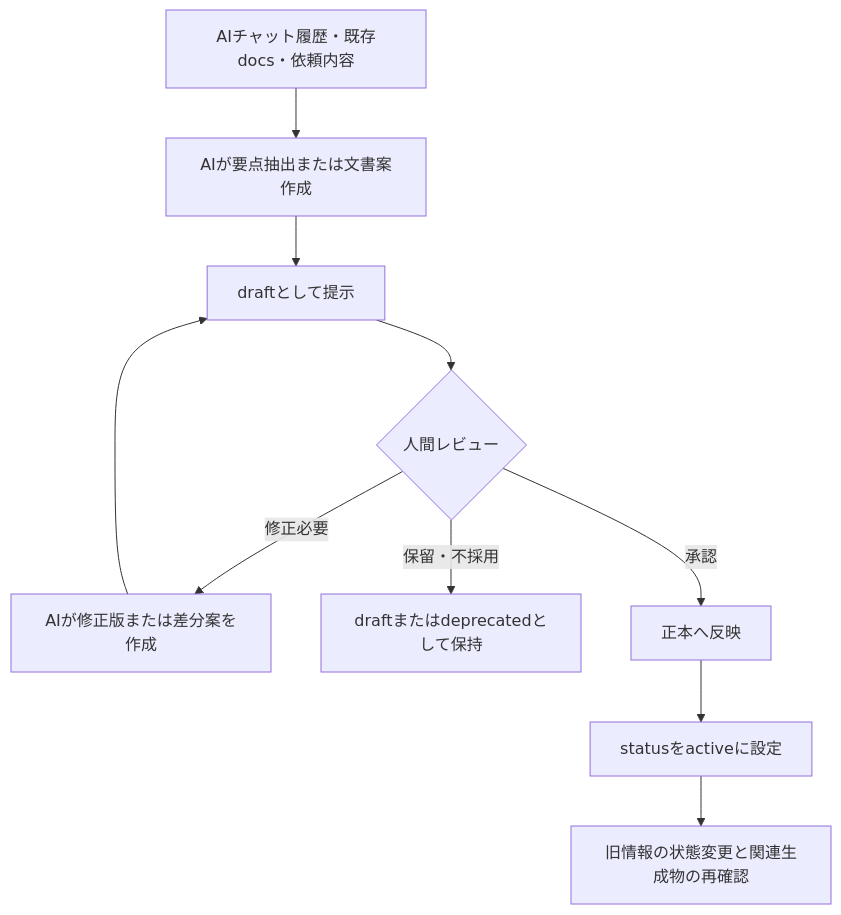
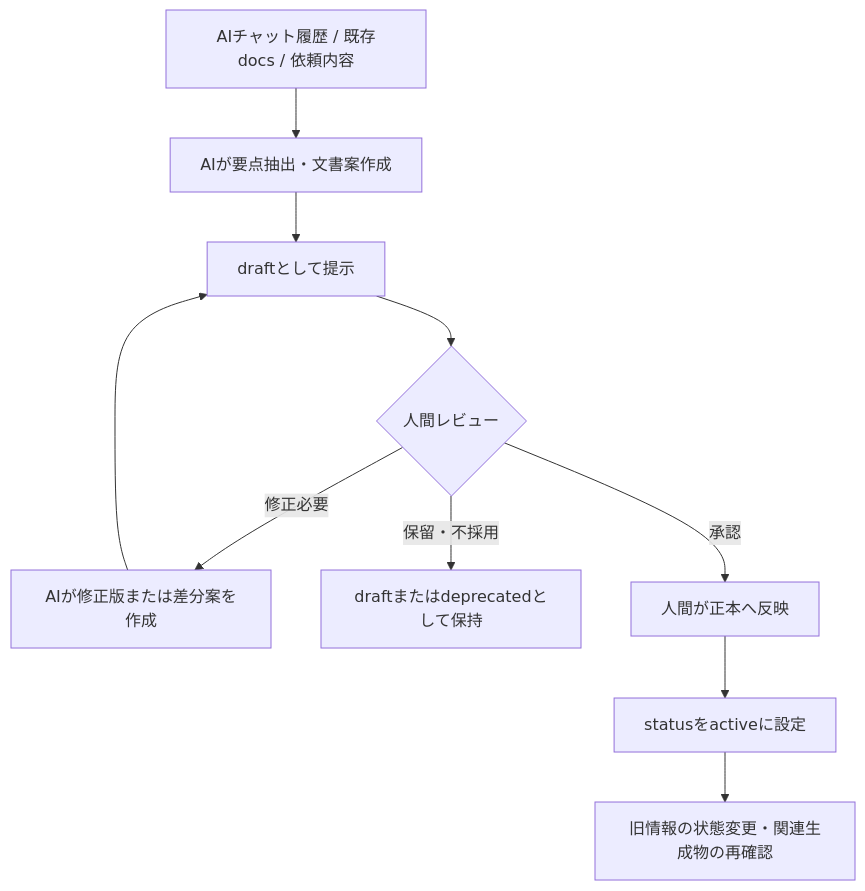
One commit to KJ-LEATHER-GAMES/Project_Mnemosyne changed the diagram in docs/adr/ADR-003-human-approved-memory-update.md. Above: the diagram before and after it, drawn with Mermaid. The commit also changed other lines of this file and 5 other files, not shown here.

````diff
--- a/docs/adr/ADR-003-human-approved-memory-update.md
+++ b/docs/adr/ADR-003-human-approved-memory-update.md
@@ -191,12 +137,12 @@
 ```mermaid
 flowchart TD
-    A[AIチャット履歴・既存docs・依頼内容] --> B[AIが要点抽出または文書案作成]
+    A[AIチャット履歴 / 既存docs / 依頼内容] --> B[AIが要点抽出・文書案作成]
     B --> C[draftとして提示]
     C --> D{人間レビュー}
     D -->|修正必要| E[AIが修正版または差分案を作成]
     E --> C
     D -->|保留・不採用| F[draftまたはdeprecatedとして保持]
-    D -->|承認| G[正本へ反映]
+    D -->|承認| G[人間が正本へ反映]
     G --> H[statusをactiveに設定]
-    H --> I[旧情報の状態変更と関連生成物の再確認]
+    H --> I[旧情報の状態変更・関連生成物の再確認]
 ```
````
